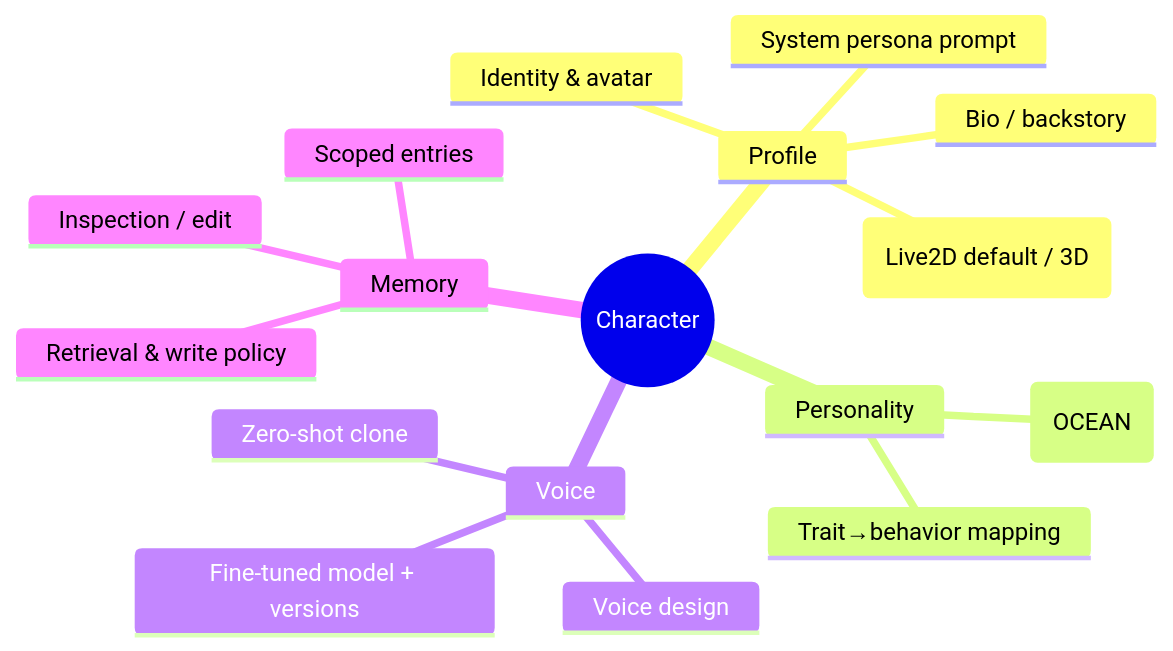
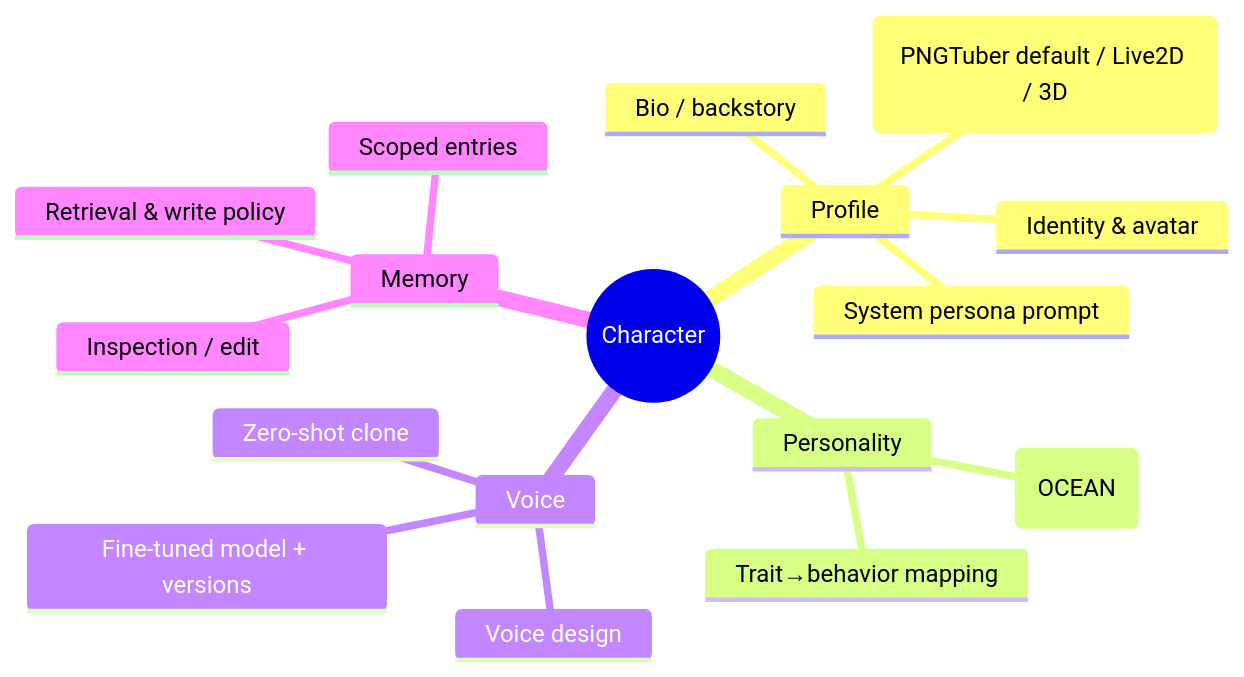
The first of 2 diagrams in docs/08-feature-character-management.md (Nagino-Reina/NagiFlow), drawn with Mermaid before and after one commit. The commit also changed other lines of this file and 16 other files, not shown here.

````diff
--- a/docs/08-feature-character-management.md
+++ b/docs/08-feature-character-management.md
@@ -20,20 +20,20 @@
 ```mermaid
 mindmap
   root((Character))
     Profile
       Identity & avatar
       Bio / backstory
       System persona prompt
-      Avatar model (Live2D default / 3D)
+      Avatar bundle (PNGTuber default / Live2D / 3D)
     Personality
       Big Five (OCEAN)
       Trait→behavior mapping
     Voice
       Zero-shot clone
       Voice design
       Fine-tuned model + versions
     Memory
       Scoped entries
       Retrieval & write policy
       Inspection / edit
 ```
````
